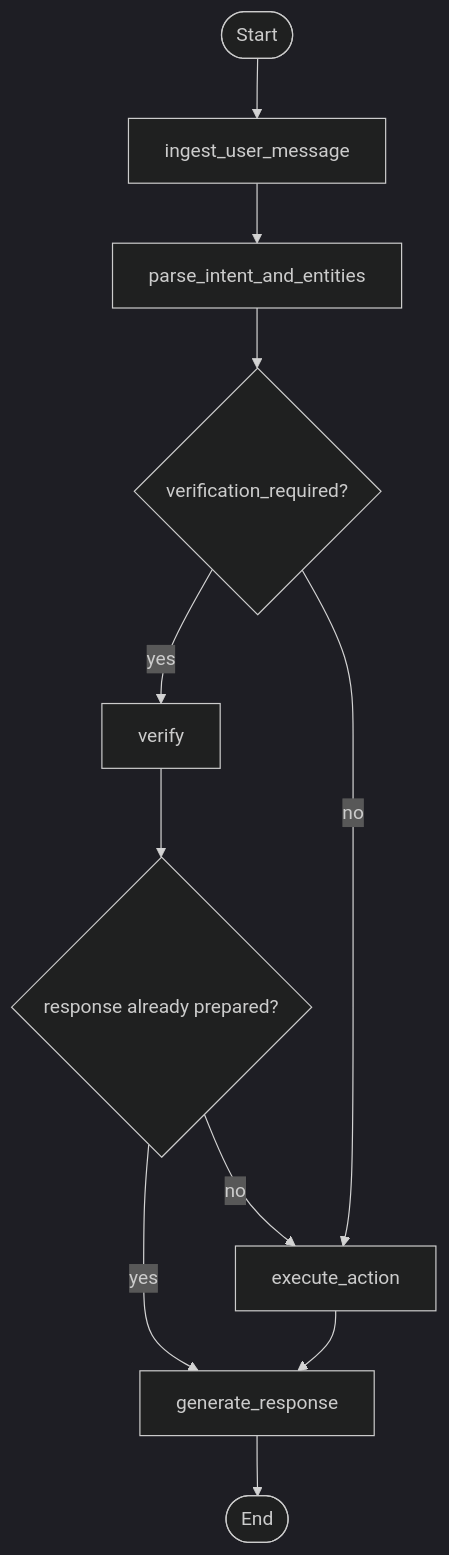
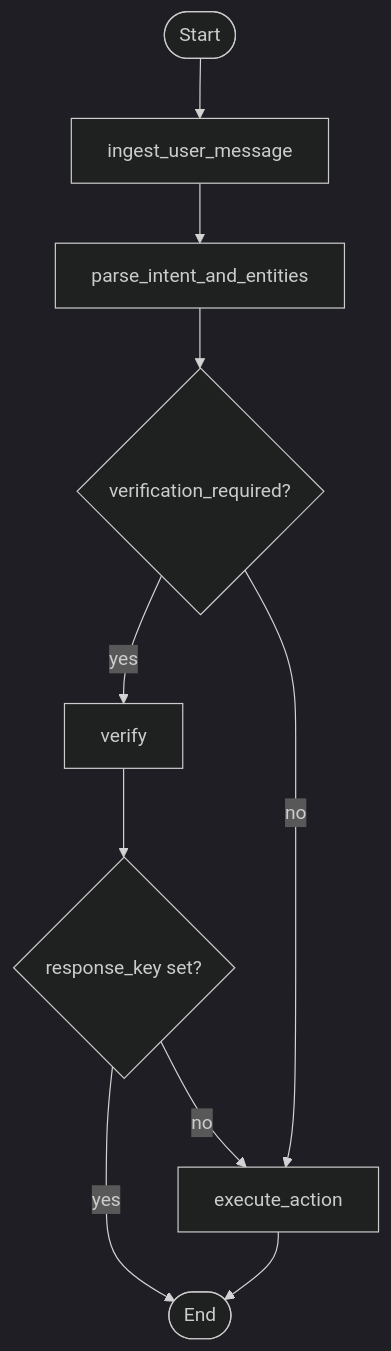
Before and after one commit to ktakanopy/appointment-bot: the diagram in README.md, drawn with Mermaid (dark theme). The commit also changed other lines of this file and 85 other files, not shown here.

````diff
--- a/README.md
+++ b/README.md
@@ -93,13 +93,12 @@
 ```mermaid
 flowchart TD
     start([Start]) --> ingest[ingest_user_message]
     ingest --> interpret[parse_intent_and_entities]
     interpret --> need_verify{verification_required?}
     need_verify -->|yes| verify[verify]
     need_verify -->|no| execute[execute_action]
-    verify --> ready_for_action{response already prepared?}
-    ready_for_action -->|yes| respond[generate_response]
-    ready_for_action -->|no| execute
-    execute --> respond
-    respond --> finish([End])
+    verify --> readyForAction{response_key set?}
+    readyForAction -->|yes| finish([End])
+    readyForAction -->|no| execute
+    execute --> finish
 ```
````
